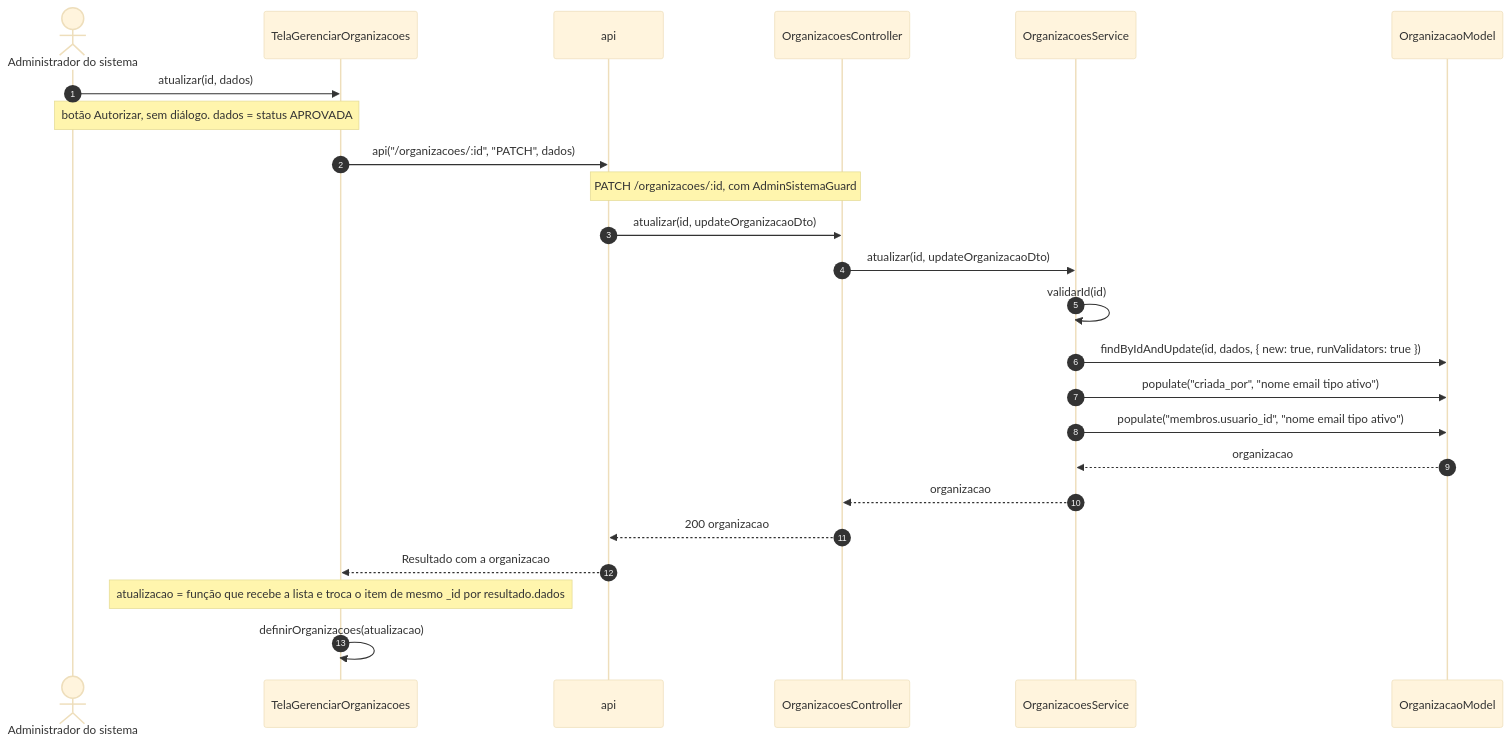
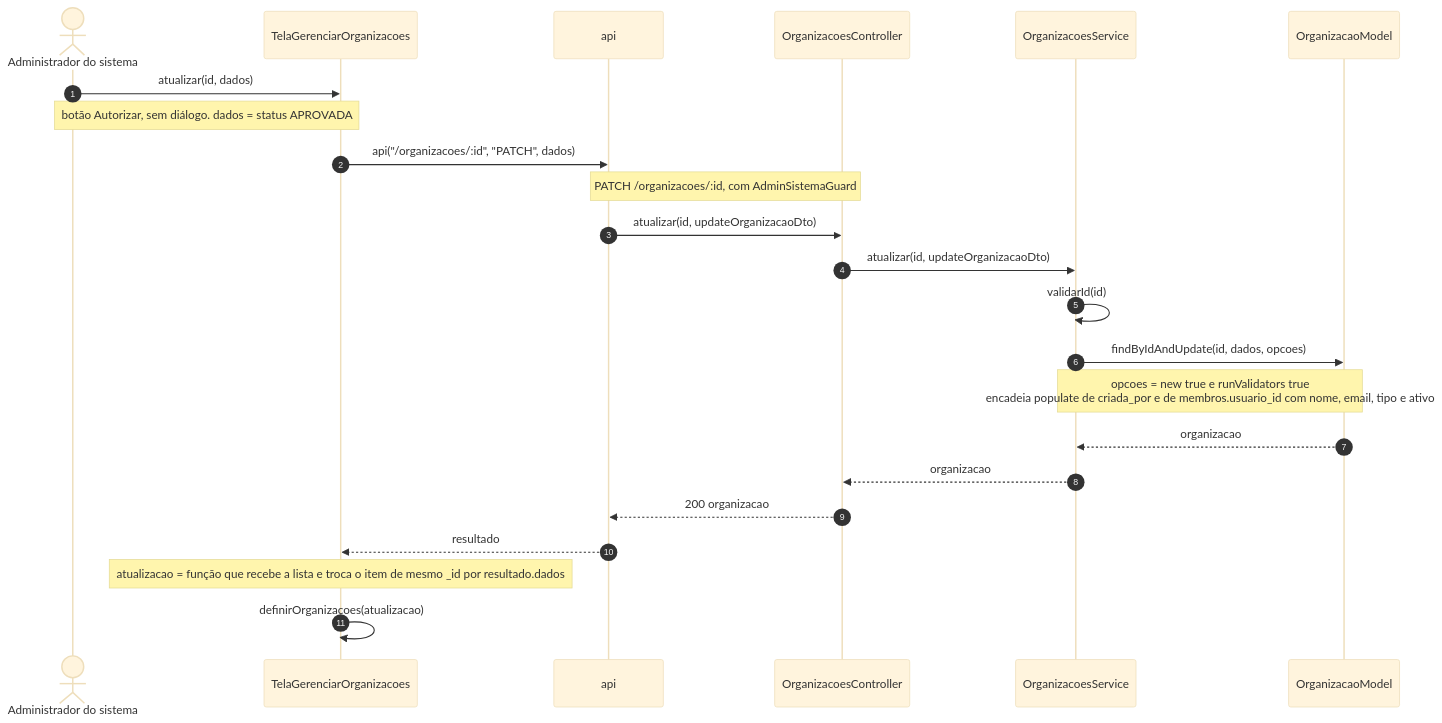
The fourth of 15 diagrams in 2 - Incremento 1/cadastro-organizacao/6 - diagramas-sequencia-cadastro-organizacao.md (Conecta-IFSP/DOCUMENTATION), drawn with Mermaid (base theme) before and after one commit. The commit also changed other lines of this file and 97 other files, not shown here.

````diff
--- a/2 - Incremento 1/cadastro-organizacao/6 - diagramas-sequencia-cadastro-organizacao.md
+++ b/2 - Incremento 1/cadastro-organizacao/6 - diagramas-sequencia-cadastro-organizacao.md
@@ -128,26 +130,25 @@
 ```mermaid
 sequenceDiagram
     autonumber
     actor U as Administrador do sistema
     participant T as TelaGerenciarOrganizacoes
     participant A as api
     participant C as OrganizacoesController
     participant S as OrganizacoesService
     participant M as OrganizacaoModel
     U->>T: atualizar(id, dados)
     Note over U,T: botão Autorizar, sem diálogo. dados = status APROVADA
     T->>A: api("/organizacoes/:id", "PATCH", dados)
     Note over A,C: PATCH /organizacoes/:id, com AdminSistemaGuard
     A->>C: atualizar(id, updateOrganizacaoDto)
     C->>S: atualizar(id, updateOrganizacaoDto)
     S->>S: validarId(id)
-    S->>M: findByIdAndUpdate(id, dados, { new: true, runValidators: true })
-    S->>M: populate("criada_por", "nome email tipo ativo")
-    S->>M: populate("membros.usuario_id", "nome email tipo ativo")
+    S->>M: findByIdAndUpdate(id, dados, opcoes)
+    Note over S,M: opcoes = new true e runValidators true<br/>encadeia populate de criada_por e de membros.usuario_id com nome, email, tipo e ativo
     M-->>S: organizacao
     S-->>C: organizacao
     C-->>A: 200 organizacao
-    A-->>T: Resultado com a organizacao
+    A-->>T: resultado
     Note over T: atualizacao = função que recebe a lista e troca o item de mesmo _id por resultado.dados
     T->>T: definirOrganizacoes(atualizacao)
 ```
````
